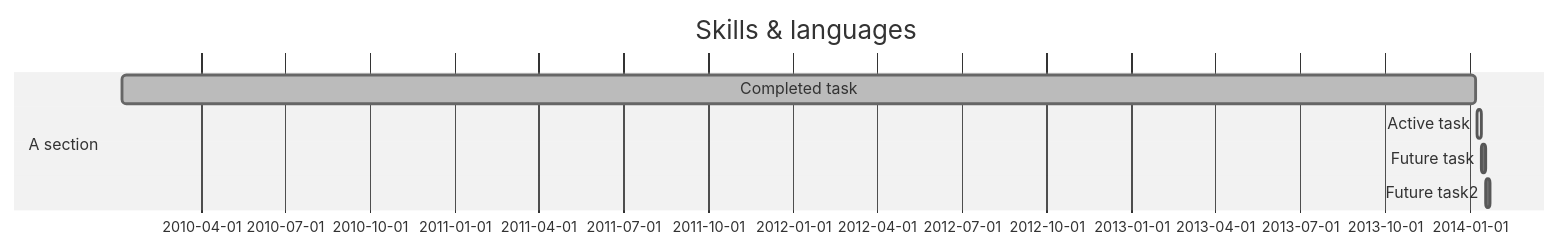
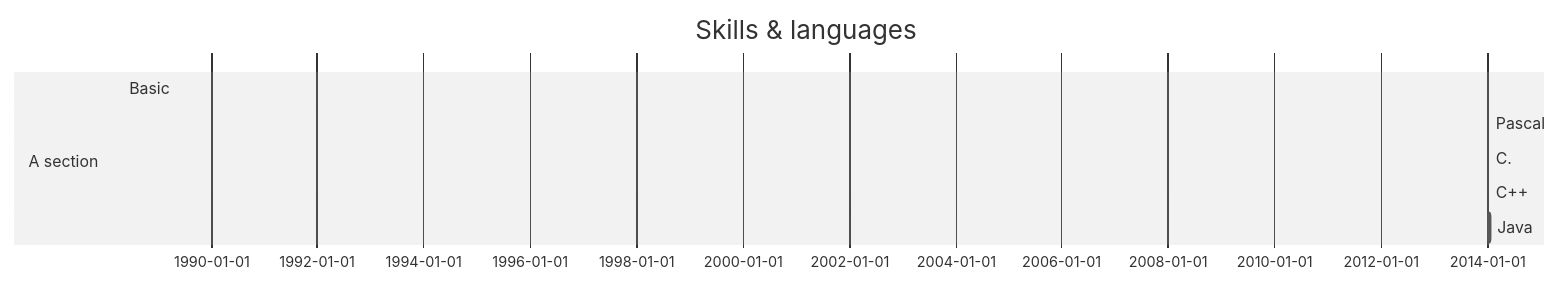
One commit to sohale/sohale changed the diagram in skills-gnatt.md. Above: the diagram before and after it, drawn with Mermaid (neutral theme).

````diff
--- a/skills-gnatt.md
+++ b/skills-gnatt.md
@@ -3,12 +3,13 @@
 ```mermaid
 gantt
-dateFormat  YYYY-MM-DD
+dateFormat  YYYY-MM
 title Skills & languages
 excludes weekdays 2014-01-10
 
 section A section
-Completed task            :done,    des1, 2010-01-06,2014-01-08
-Active task               :active,  des2, 2014-01-09, 3d
-Future task               :         des3, after des2, 5d
-Future task2               :         des4, after des3, 5d
+Basic            :done,    des1, 1988-05-01,1993-01-01
+Pascal           :done,    des2, 2014-01-09, 3d
+C.               :done,    des2, 2014-01-09, 3d
+C++              :         des3, after des2, 5d
+Java             :         des4, after des3, 5d
 ```
````
